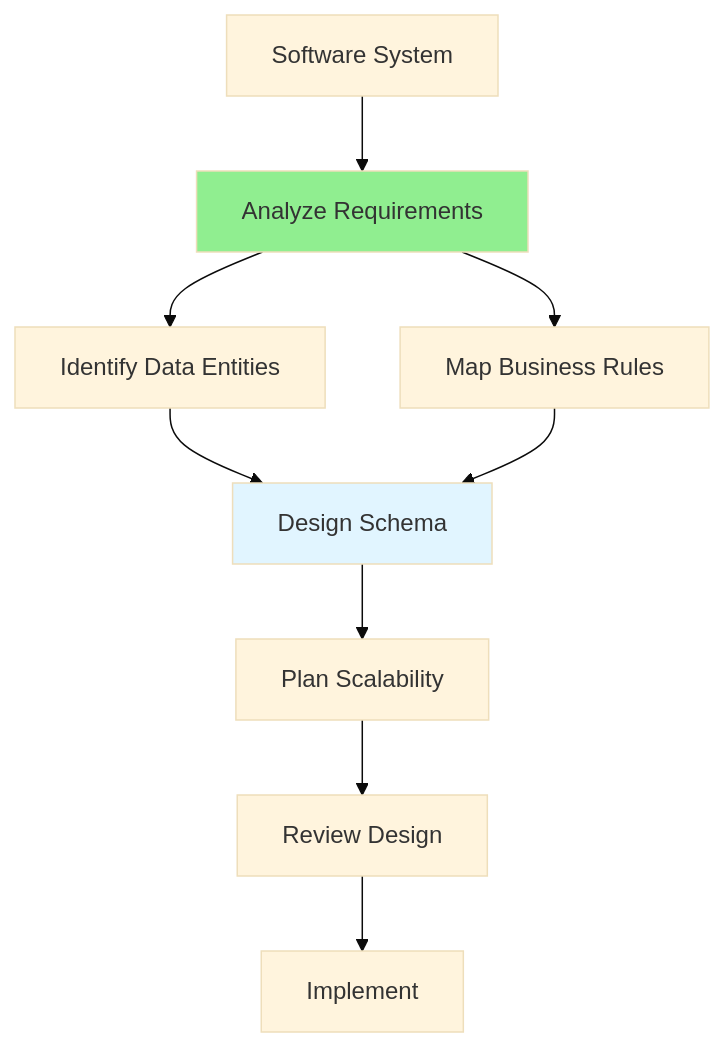
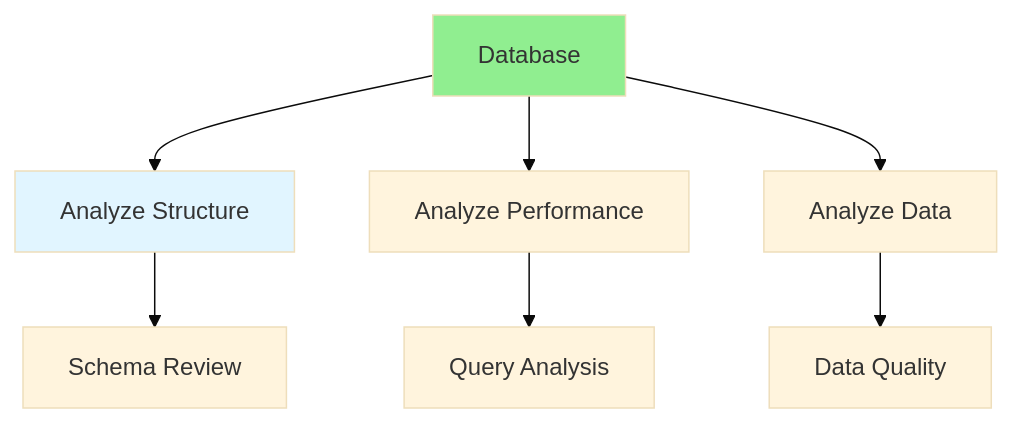
Before and after one commit to iouthnamain/tech-note: the diagram in Full-Stack-Guides/Group-06-Database-Analysis/06.02_Database_Analysis.md, drawn with Mermaid (base theme). The commit also changed other lines of this file and 480 other files, not shown here.

````diff
--- a/Full-Stack-Guides/Group-06-Database-Analysis/06.02_Database_Analysis.md
+++ b/Full-Stack-Guides/Group-06-Database-Analysis/06.02_Database_Analysis.md
@@ -23,16 +22,13 @@
 ```mermaid
 flowchart TD
-    System[Software System] --> Analyze[Analyze Requirements]
-    Analyze --> Entities[Identify Data Entities]
-    Analyze --> Rules[Map Business Rules]
+    Database[Database] --> Structure[Analyze Structure]
+    Database --> Performance[Analyze Performance]
+    Database --> Data[Analyze Data]
     
-    Entities --> Schema[Design Schema]
-    Rules --> Schema
+    Structure --> Schema[Schema Review]
+    Performance --> Queries[Query Analysis]
+    Data --> Quality[Data Quality]
     
-    Schema --> Scalability[Plan Scalability]
-    Scalability --> Review[Review Design]
-    Review --> Implement[Implement]
-    
-    style Analyze fill:#90EE90
-    style Schema fill:#e1f5ff
+    style Database fill:#90EE90
+    style Structure fill:#e1f5ff
 ```
````
